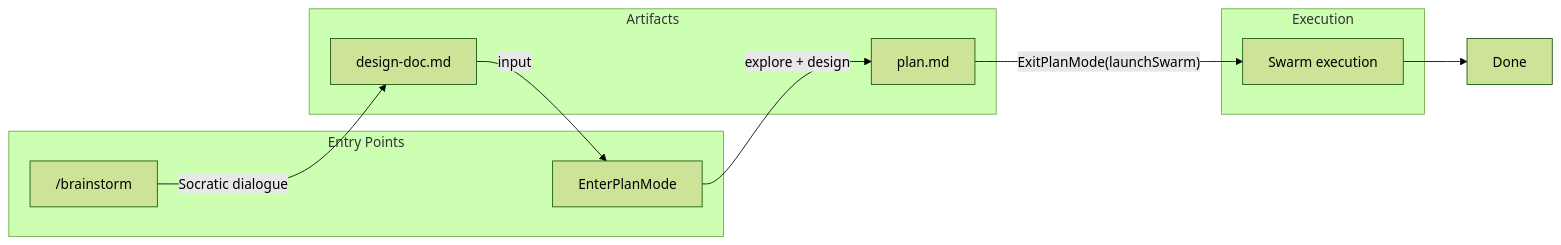
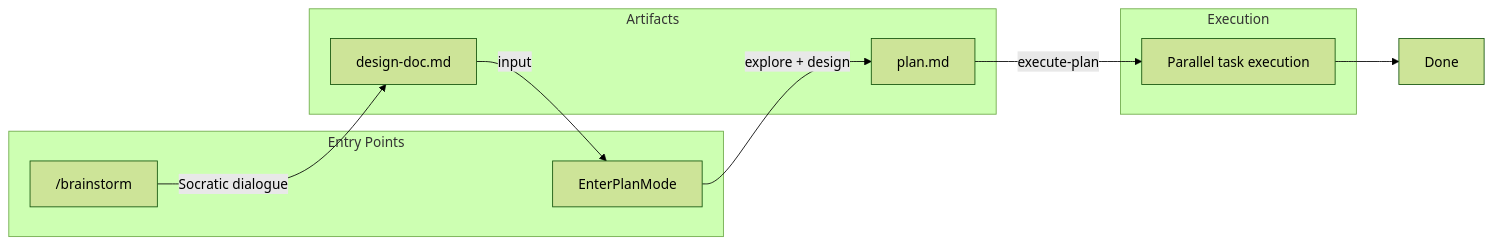
One commit to pproenca/dot-claude changed the diagram in plugins/dev-workflow/README.md. Above: the diagram before and after it, drawn with Mermaid (forest theme). The commit also changed other lines of this file and 4 other files, not shown here.

````diff
--- a/plugins/dev-workflow/README.md
+++ b/plugins/dev-workflow/README.md
@@ -5,22 +5,22 @@
 ```mermaid
 flowchart LR
     subgraph entry["Entry Points"]
         B["/brainstorm"]
         P["EnterPlanMode"]
     end
 
     subgraph artifacts["Artifacts"]
         DD["design-doc.md"]
         PF["plan.md"]
     end
 
     subgraph execution["Execution"]
-        SWARM["Swarm execution"]
+        EXEC["Parallel task execution"]
     end
 
     B -->|"Socratic dialogue"| DD
     DD -->|"input"| P
     P -->|"explore + design"| PF
-    PF -->|"ExitPlanMode(launchSwarm)"| SWARM
-    SWARM --> DONE["Done"]
+    PF -->|"execute-plan"| EXEC
+    EXEC --> DONE["Done"]
 ```
````
